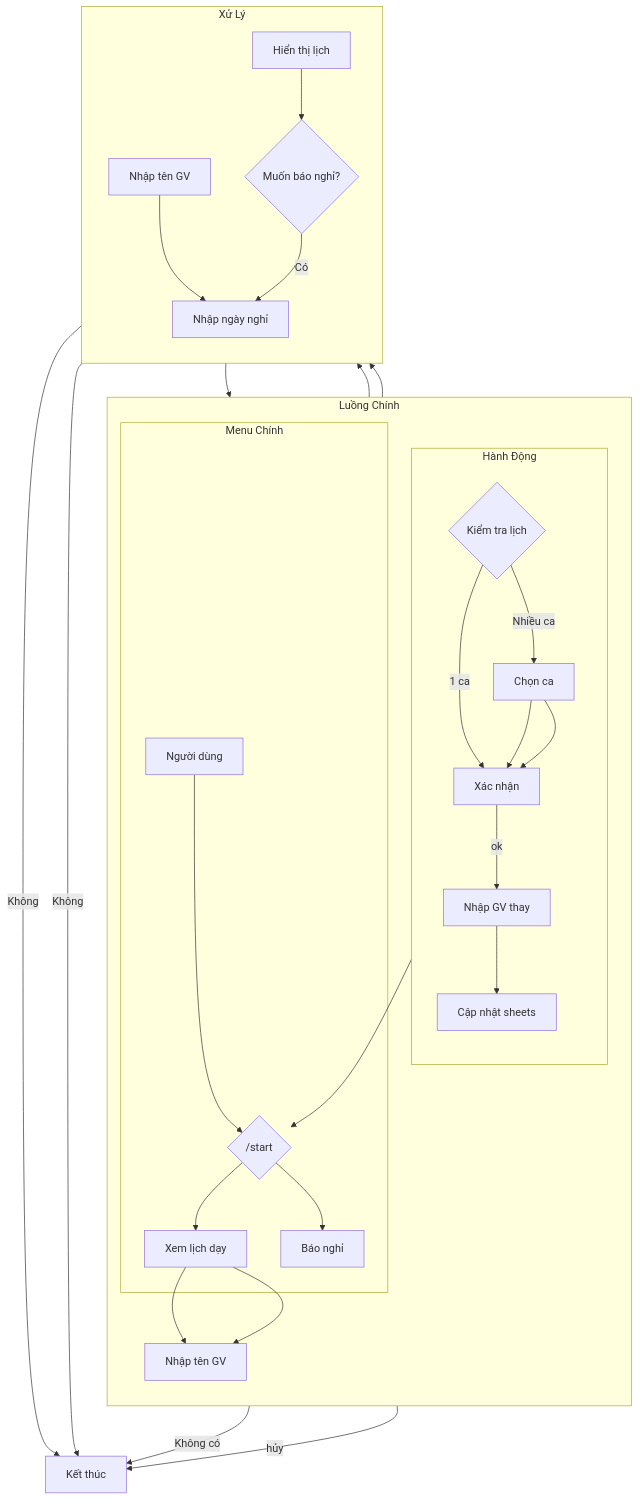
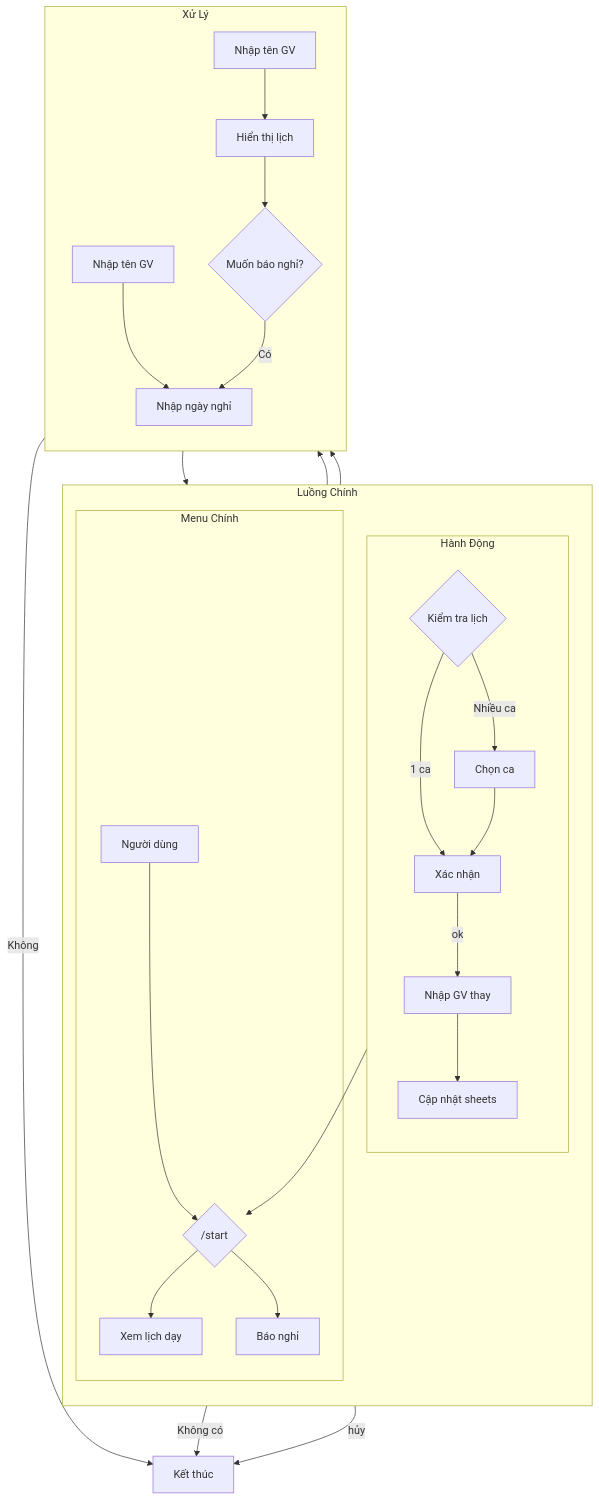
Before and after one commit to let-shyn-cook/TeacherBot-Assistant: the diagram in readme.md, drawn with Mermaid.

````diff
--- a/readme.md
+++ b/readme.md
@@ -117,36 +117,35 @@
 ```mermaid
 flowchart TB
     subgraph Left["Luồng Chính"]
         direction TB
         subgraph Menu["Menu Chính"]
             A[Người dùng] --> B{/start}
             B --> C[Xem lịch dạy]
             B --> D[Báo nghỉ]
         end
-        C --> C1[Nhập tên GV]
         subgraph Actions["Hành Động"]
             direction TB
             G --> |1 ca| H[Xác nhận]
             G --> |Nhiều ca| I[Chọn ca]
             I --> H
             H --> |ok| J[Nhập GV thay]
             J --> K[Cập nhật sheets]
             K --> B
         end
     end
-        I --> H
+
     subgraph Process["Xử Lý"]
         direction TB
         C --> C1[Nhập tên GV]
         D --> E[Nhập tên GV]
         C1 --> C2[Hiển thị lịch]
         E --> F[Nhập ngày nghỉ]
         C2 --> C3{Muốn báo nghỉ?}
         F --> G{Kiểm tra lịch}
     end
-    C3 --> |Không| Z[Kết thúc]
+
     C3 --> |Có| F
     C3 --> |Không| Z[Kết thúc]
     G --> |Không có| Z
     H --> |hủy| Z
 ```
````
